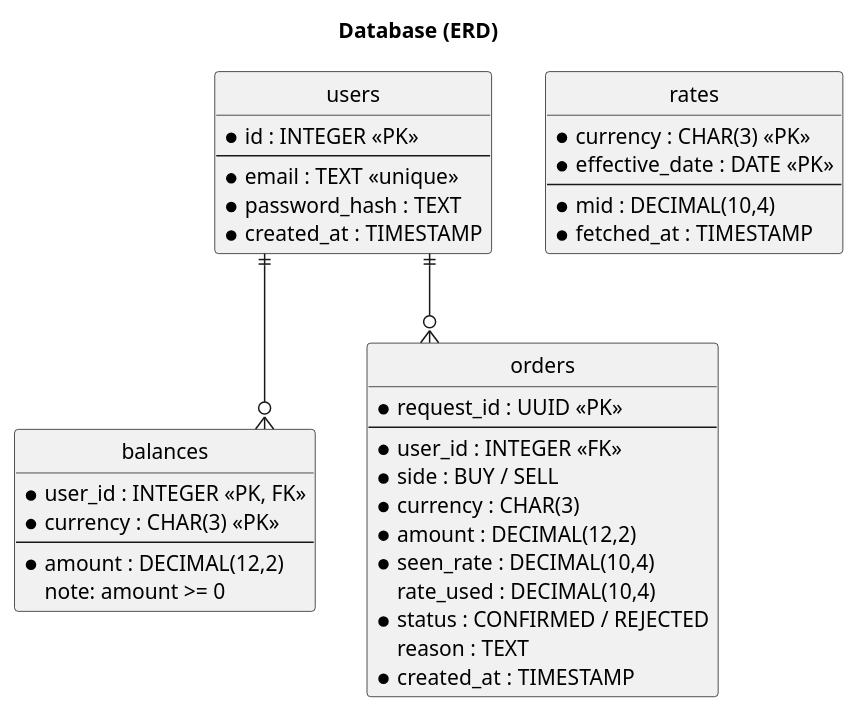
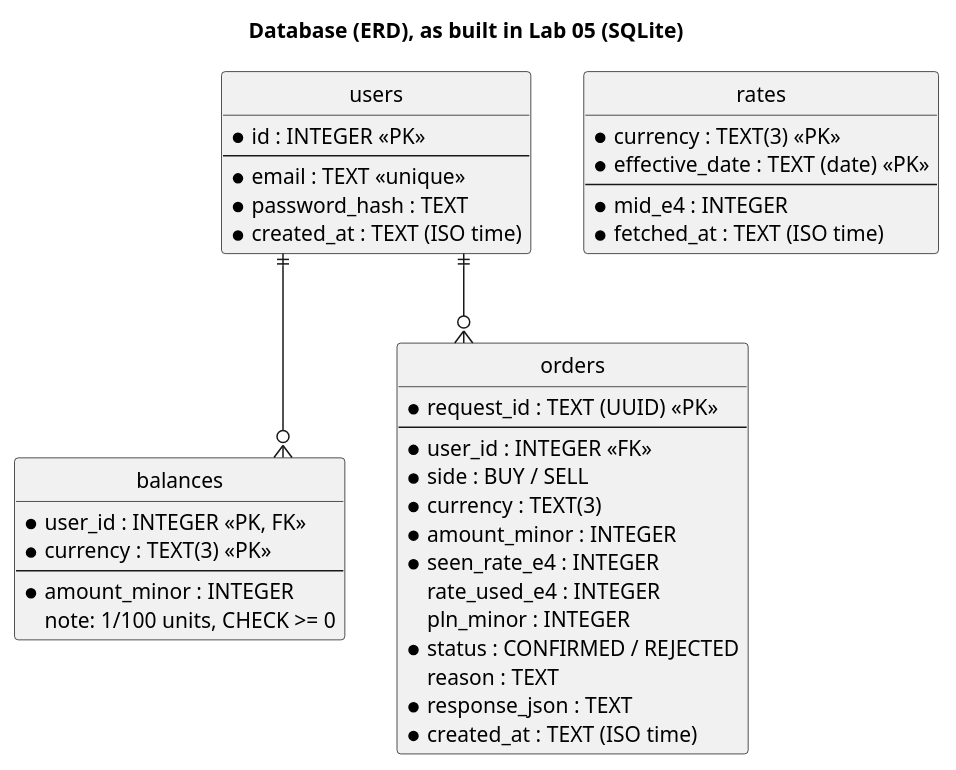
Before and after one commit to olezhakashz/currency-exchange: the diagram in docs/diagrams/erd.puml, drawn with PlantUML. The commit also changed 23 other files, not shown here.

Commit message:
Lab 05: web service and database foundation

```diff
--- a/docs/diagrams/erd.puml
+++ b/docs/diagrams/erd.puml
@@ -1,48 +1,50 @@
 @startuml erd
 skinparam monochrome true
 skinparam shadowing false
 hide circle
 skinparam linetype ortho
-title Database (ERD)
+title Database (ERD), as built in Lab 05 (SQLite)
 
 entity "users" as users {
   *id : INTEGER <<PK>>
   --
   *email : TEXT <<unique>>
   *password_hash : TEXT
-  *created_at : TIMESTAMP
+  *created_at : TEXT (ISO time)
 }
 
 entity "balances" as balances {
   *user_id : INTEGER <<PK, FK>>
-  *currency : CHAR(3) <<PK>>
+  *currency : TEXT(3) <<PK>>
   --
-  *amount : DECIMAL(12,2)
-  note: amount >= 0
+  *amount_minor : INTEGER
+  note: 1/100 units, CHECK >= 0
 }
 
 entity "orders" as orders {
-  *request_id : UUID <<PK>>
+  *request_id : TEXT (UUID) <<PK>>
   --
   *user_id : INTEGER <<FK>>
   *side : BUY / SELL
-  *currency : CHAR(3)
-  *amount : DECIMAL(12,2)
-  *seen_rate : DECIMAL(10,4)
-  rate_used : DECIMAL(10,4)
+  *currency : TEXT(3)
+  *amount_minor : INTEGER
+  *seen_rate_e4 : INTEGER
+  rate_used_e4 : INTEGER
+  pln_minor : INTEGER
   *status : CONFIRMED / REJECTED
   reason : TEXT
-  *created_at : TIMESTAMP
+  *response_json : TEXT
+  *created_at : TEXT (ISO time)
 }
 
 entity "rates" as rates {
-  *currency : CHAR(3) <<PK>>
-  *effective_date : DATE <<PK>>
+  *currency : TEXT(3) <<PK>>
+  *effective_date : TEXT (date) <<PK>>
   --
-  *mid : DECIMAL(10,4)
-  *fetched_at : TIMESTAMP
+  *mid_e4 : INTEGER
+  *fetched_at : TEXT (ISO time)
 }
 
 users ||--o{ balances
 users ||--o{ orders
 @enduml
```
